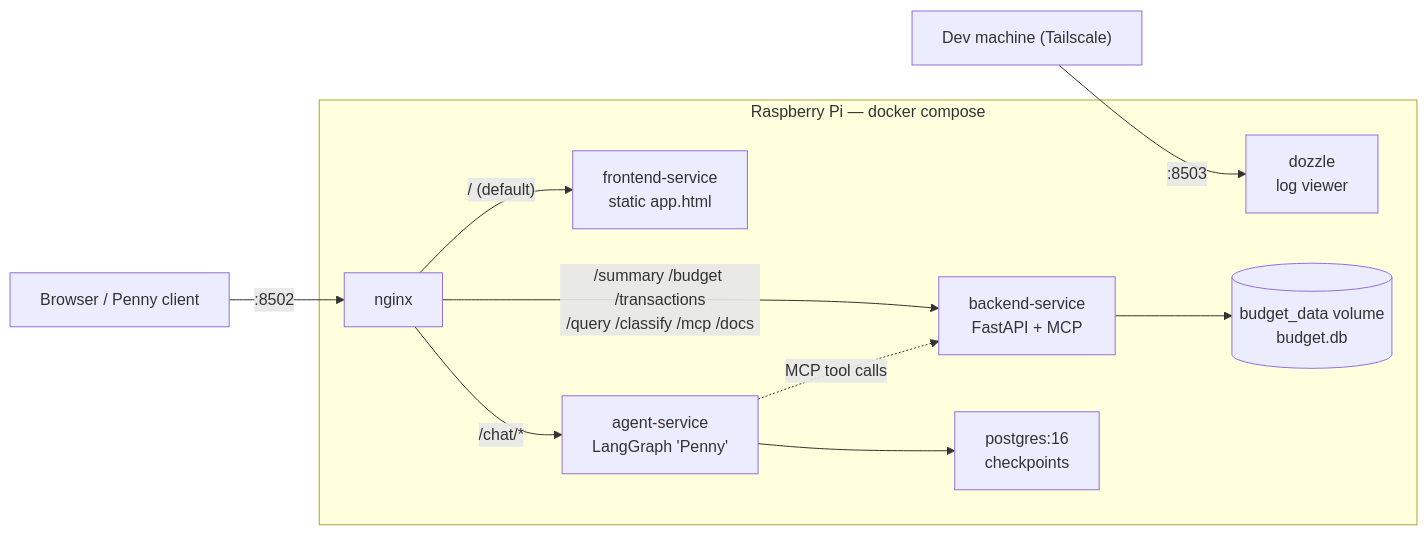
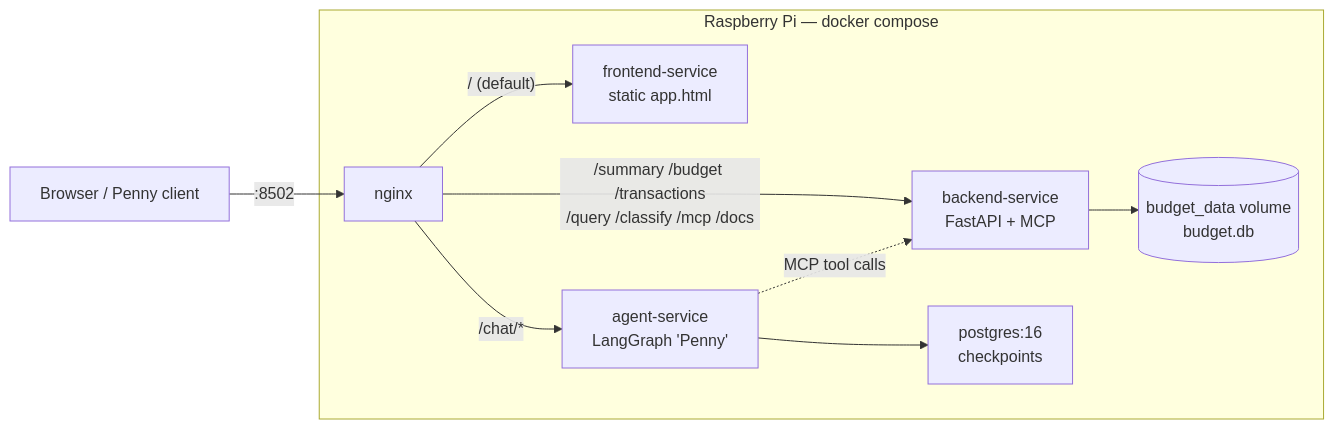
One commit to himanshusingh335/budget_tracker_api changed the first of 4 diagrams in README.md. Above: the diagram before and after it, drawn with Mermaid. The commit also changed other lines of this file and 2 other files, not shown here.

First line of the commit message:
chore: remove Dozzle log-viewer sidecar

````diff
--- a/README.md
+++ b/README.md
@@ -84,22 +80,20 @@
 ```mermaid
 flowchart LR
     user["Browser / Penny client"] -->|":8502"| nginx
-    tsuser["Dev machine (Tailscale)"] -->|":8503"| dozzle
 
     subgraph pi["Raspberry Pi — docker compose"]
         nginx["nginx"]
         frontend["frontend-service<br/>static app.html"]
         backend["backend-service<br/>FastAPI + MCP"]
         agent["agent-service<br/>LangGraph 'Penny'"]
         pg["postgres:16<br/>checkpoints"]
         vol[("budget_data volume<br/>budget.db")]
-        dozzle["dozzle<br/>log viewer"]
 
         nginx -->|"/ (default)"| frontend
         nginx -->|"/summary /budget /transactions<br/>/query /classify /mcp /docs"| backend
         nginx -->|"/chat/*"| agent
         agent -.->|"MCP tool calls"| backend
         backend --> vol
         agent --> pg
     end
 ```
````
